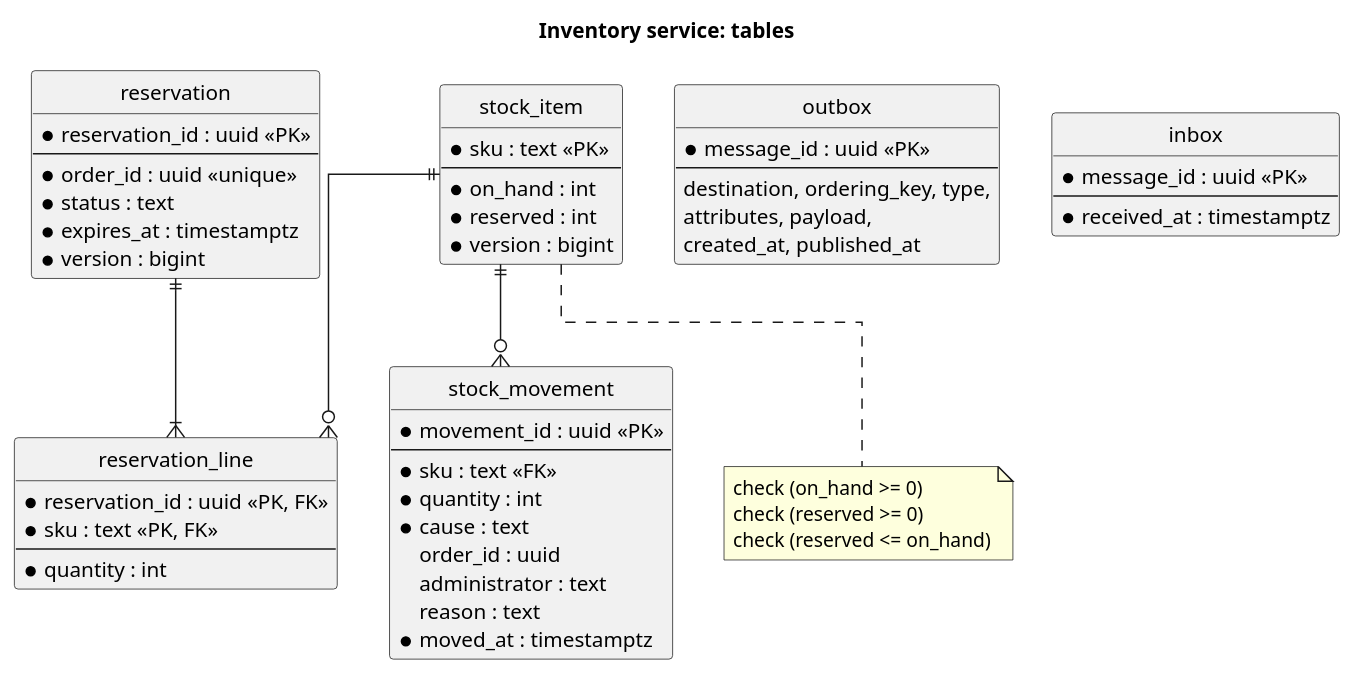
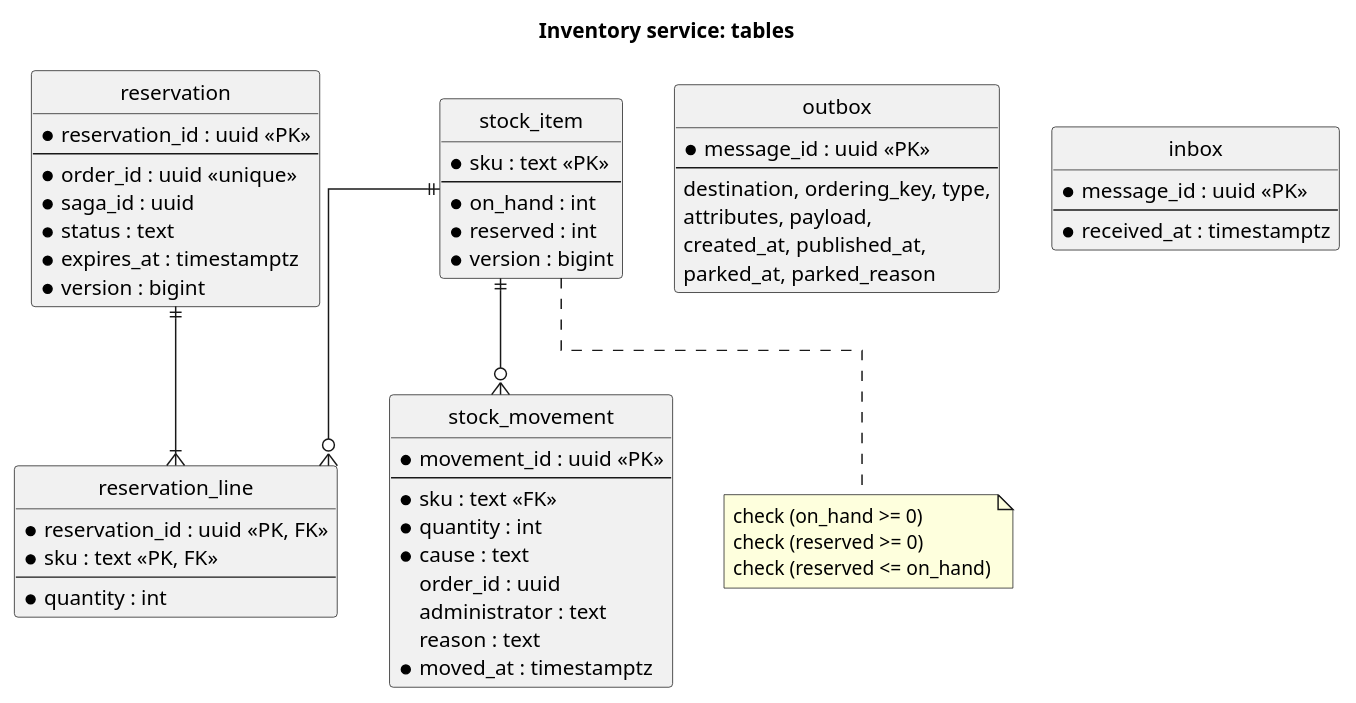
Before and after one commit to AxeloLabs/alten-commerce-platform: the diagram in doc/2-spec/02-domain-design/diagrams/er-inventory.puml, drawn with PlantUML. The commit also changed 40 other files, not shown here.

```diff
--- a/doc/2-spec/02-domain-design/diagrams/er-inventory.puml
+++ b/doc/2-spec/02-domain-design/diagrams/er-inventory.puml
@@ -1,60 +1,62 @@
 @startuml
 title Inventory service: tables
 hide circle
 skinparam linetype ortho
 
 entity stock_item {
   * sku : text <<PK>>
   --
   * on_hand : int
   * reserved : int
   * version : bigint
 }
 entity reservation {
   * reservation_id : uuid <<PK>>
   --
   * order_id : uuid <<unique>>
+  * saga_id : uuid
   * status : text
   * expires_at : timestamptz
   * version : bigint
 }
 entity reservation_line {
   * reservation_id : uuid <<PK, FK>>
   * sku : text <<PK, FK>>
   --
   * quantity : int
 }
 entity stock_movement {
   * movement_id : uuid <<PK>>
   --
   * sku : text <<FK>>
   * quantity : int
   * cause : text
   order_id : uuid
   administrator : text
   reason : text
   * moved_at : timestamptz
 }
 entity outbox {
   * message_id : uuid <<PK>>
   --
   destination, ordering_key, type,
   attributes, payload,
-  created_at, published_at
+  created_at, published_at,
+  parked_at, parked_reason
 }
 entity inbox {
   * message_id : uuid <<PK>>
   --
   * received_at : timestamptz
 }
 
 reservation ||--|{ reservation_line
 stock_item ||--o{ reservation_line
 stock_item ||--o{ stock_movement
 
 note bottom of stock_item
   check (on_hand >= 0)
   check (reserved >= 0)
   check (reserved <= on_hand)
 end note
 @enduml
```
